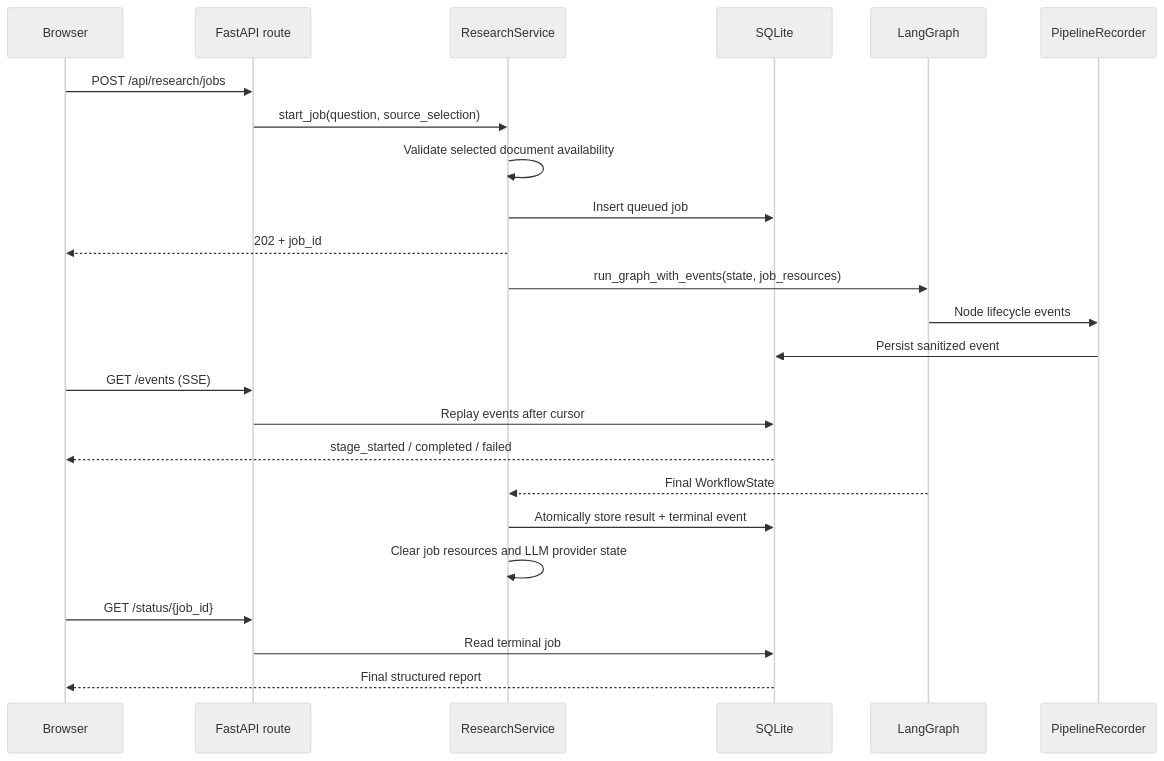
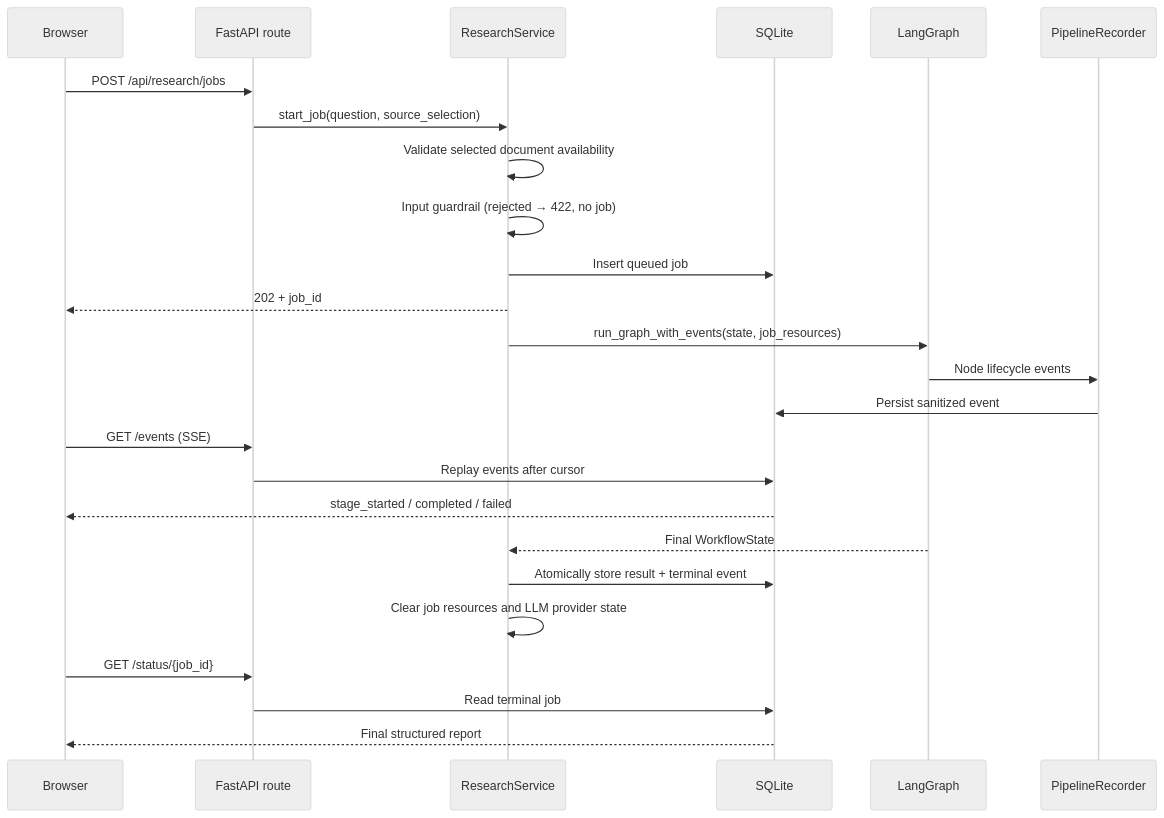
Before and after one commit to Ishwaridutt/deep-research-agent: the second of 11 diagrams in readme.md, drawn with Mermaid (neutral theme). The commit also changed other lines of this file, not shown here.

````diff
--- a/readme.md
+++ b/readme.md
@@ -144,27 +151,28 @@
 ```mermaid
 sequenceDiagram
     participant B as Browser
     participant R as FastAPI route
     participant S as ResearchService
     participant DB as SQLite
     participant G as LangGraph
     participant P as PipelineRecorder
 
     B->>R: POST /api/research/jobs
     R->>S: start_job(question, source_selection)
     S->>S: Validate selected document availability
+    S->>S: Input guardrail (rejected → 422, no job)
     S->>DB: Insert queued job
     S-->>B: 202 + job_id
     S->>G: run_graph_with_events(state, job_resources)
     G->>P: Node lifecycle events
     P->>DB: Persist sanitized event
     B->>R: GET /events (SSE)
     R->>DB: Replay events after cursor
     DB-->>B: stage_started / completed / failed
     G-->>S: Final WorkflowState
     S->>DB: Atomically store result + terminal event
     S->>S: Clear job resources and LLM provider state
     B->>R: GET /status/{job_id}
     R->>DB: Read terminal job
     DB-->>B: Final structured report
 ```
````
